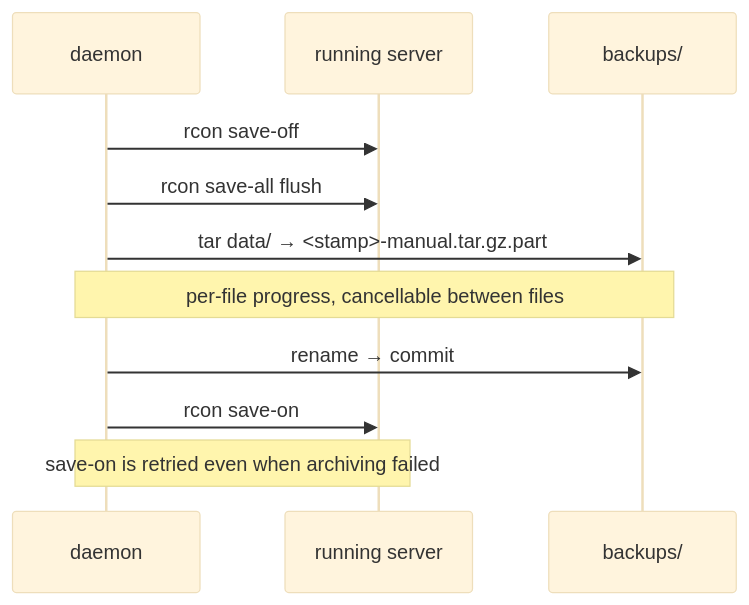
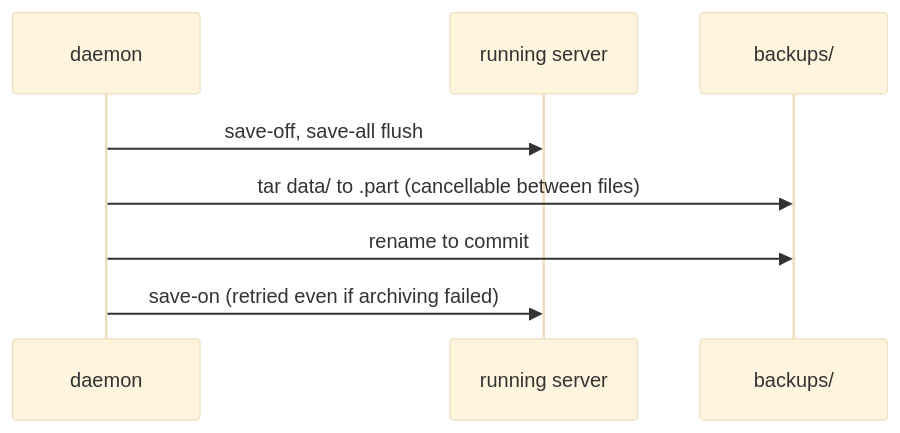
One commit to prytaneum/hestia changed the third of 4 diagrams in docs/architecture/entries.md. Above: the diagram before and after it, drawn with Mermaid (base theme). The commit also changed other lines of this file and 11 other files, not shown here.

Commit message:
docs(architecture): describe the current system only

````diff
--- a/docs/architecture/entries.md
+++ b/docs/architecture/entries.md
@@ -289,14 +158,10 @@
 ```mermaid
 sequenceDiagram
     participant D as daemon
     participant S as running server
     participant F as backups/
-
-    D->>S: rcon save-off
-    D->>S: rcon save-all flush
-    D->>F: tar data/ → <stamp>-manual.tar.gz.part
-    Note over D,F: per-file progress, cancellable between files
-    D->>F: rename → commit
-    D->>S: rcon save-on
-    Note over D,S: save-on is retried even when archiving failed
+    D->>S: save-off, save-all flush
+    D->>F: tar data/ to .part (cancellable between files)
+    D->>F: rename to commit
+    D->>S: save-on (retried even if archiving failed)
 ```
````
